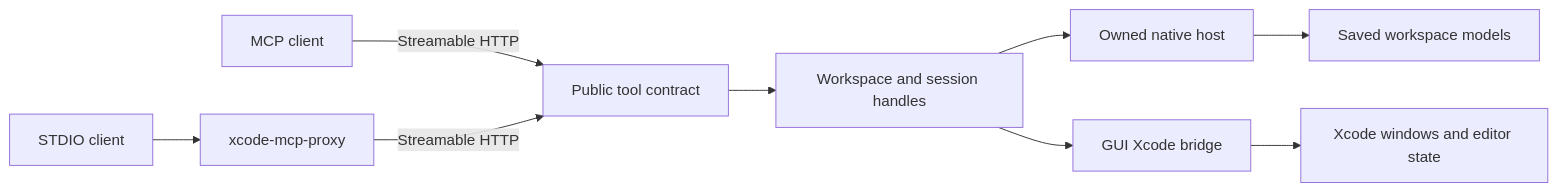
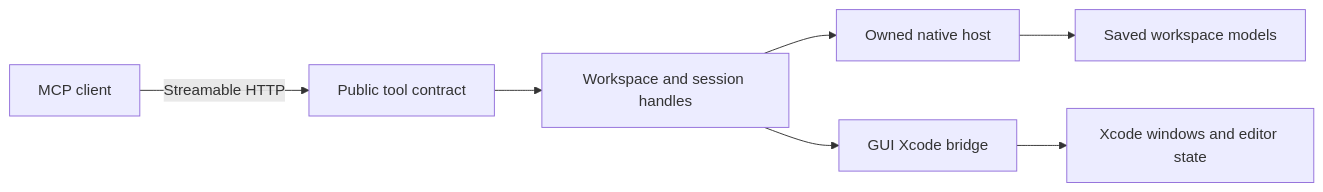
Before and after one commit to lynnswap/XcodeMCPKit: the diagram in Docs/architecture.md, drawn with Mermaid. The commit also changed other lines of this file and 36 other files, not shown here.

First line of the commit message:
Remove the STDIO adapter

````diff
--- a/Docs/architecture.md
+++ b/Docs/architecture.md
@@ -9,11 +9,9 @@
 ```mermaid
 flowchart LR
   client["MCP client"] -->|"Streamable HTTP"| proxy["Public tool contract"]
-  stdio["STDIO client"] --> adapter["xcode-mcp-proxy"]
-  adapter -->|"Streamable HTTP"| proxy
   proxy --> handles["Workspace and session handles"]
   handles --> headless["Owned native host"]
   handles --> gui["GUI Xcode bridge"]
   headless --> saved["Saved workspace models"]
   gui --> windows["Xcode windows and editor state"]
 ```
````
